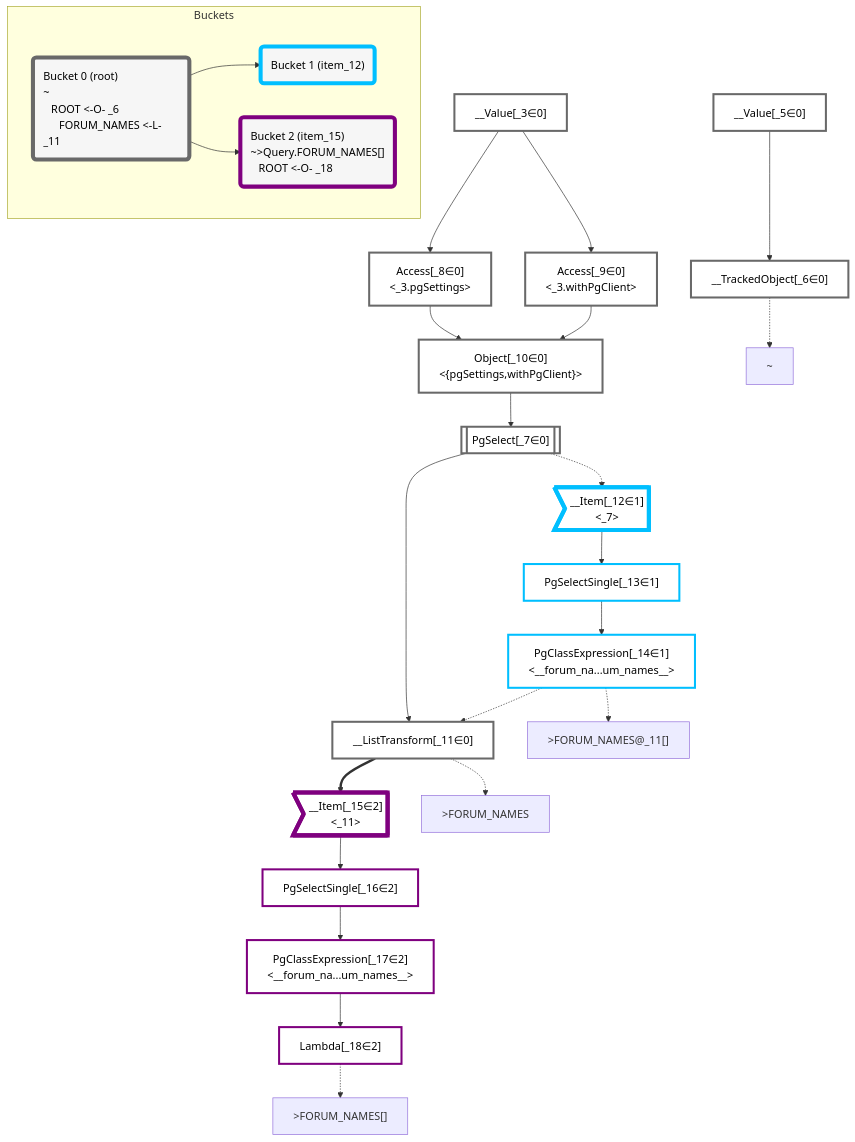
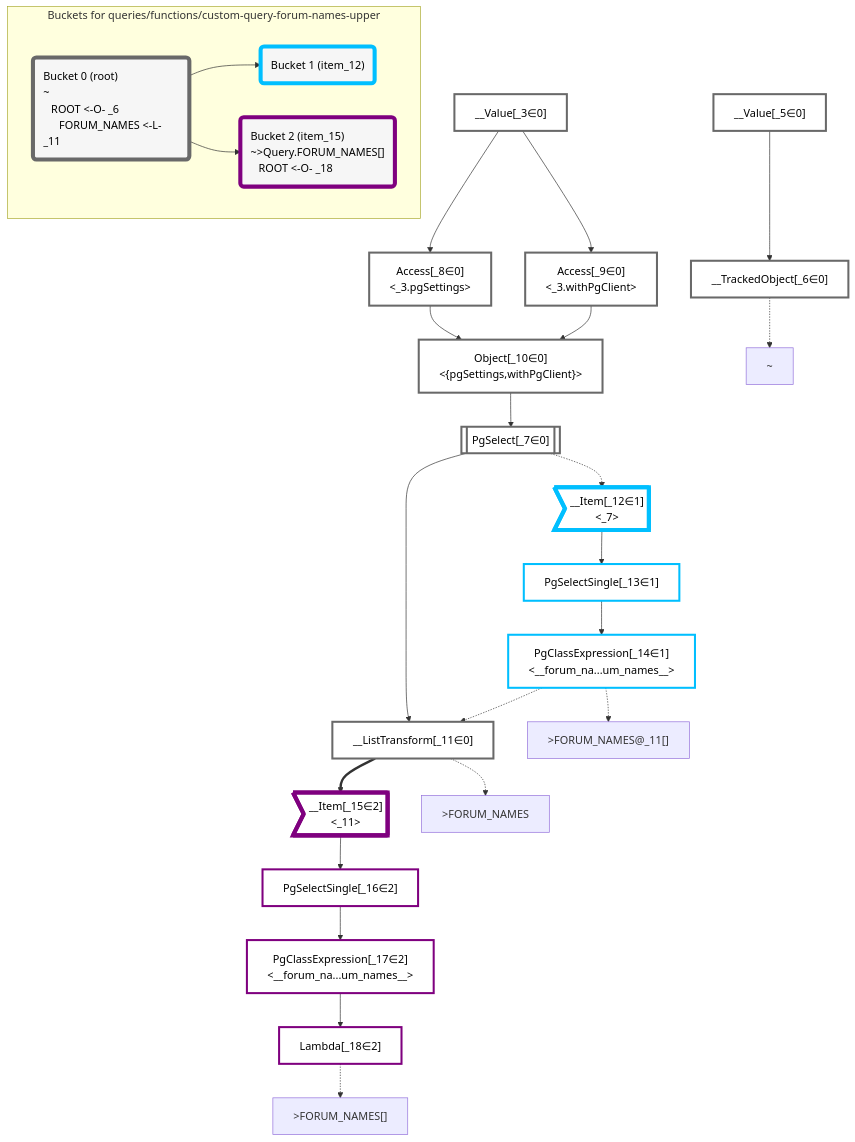
One commit to graphile/crystal changed the diagram in packages/dataplan-pg/__tests__/queries/functions/custom-query-forum-names-upper.mermaid.md. Above: the diagram before and after it, drawn with Mermaid. The commit also changed 195 other files, not shown here.

````diff
--- a/packages/dataplan-pg/__tests__/queries/functions/custom-query-forum-names-upper.mermaid.md
+++ b/packages/dataplan-pg/__tests__/queries/functions/custom-query-forum-names-upper.mermaid.md
@@ -1,72 +1,72 @@
 ```mermaid
 graph TD
     classDef path fill:#eee,stroke:#000,color:#000
     classDef plan fill:#fff,stroke-width:3px,color:#000
     classDef itemplan fill:#fff,stroke-width:6px,color:#000
     classDef sideeffectplan fill:#f00,stroke-width:6px,color:#000
     classDef bucket fill:#f6f6f6,color:#000,stroke-width:6px,text-align:left
 
 
     %% define plans
     __Value_3["__Value[_3∈0]<br /><context>"]:::plan
     __Value_5["__Value[_5∈0]<br /><rootValue>"]:::plan
     __TrackedObject_6["__TrackedObject[_6∈0]"]:::plan
     PgSelect_7[["PgSelect[_7∈0]<br /><forum_names>"]]:::plan
     Access_8["Access[_8∈0]<br /><_3.pgSettings>"]:::plan
     Access_9["Access[_9∈0]<br /><_3.withPgClient>"]:::plan
     Object_10["Object[_10∈0]<br /><{pgSettings,withPgClient}>"]:::plan
     __ListTransform_11["__ListTransform[_11∈0]<br /><each:_7>"]:::plan
     __Item_12>"__Item[_12∈1]<br /><_7>"]:::itemplan
     PgSelectSingle_13["PgSelectSingle[_13∈1]<br /><text>"]:::plan
     PgClassExpression_14["PgClassExpression[_14∈1]<br /><__forum_na...um_names__>"]:::plan
     __Item_15>"__Item[_15∈2]<br /><_11>"]:::itemplan
     PgSelectSingle_16["PgSelectSingle[_16∈2]<br /><text>"]:::plan
     PgClassExpression_17["PgClassExpression[_17∈2]<br /><__forum_na...um_names__>"]:::plan
     Lambda_18["Lambda[_18∈2]"]:::plan
 
     %% plan dependencies
     __Value_5 --> __TrackedObject_6
     Object_10 --> PgSelect_7
     __Value_3 --> Access_8
     __Value_3 --> Access_9
     Access_8 --> Object_10
     Access_9 --> Object_10
     PgSelect_7 --> __ListTransform_11
     PgClassExpression_14 -.-> __ListTransform_11
     PgSelect_7 -.-> __Item_12
     __Item_12 --> PgSelectSingle_13
     PgSelectSingle_13 --> PgClassExpression_14
     __ListTransform_11 ==> __Item_15
     __Item_15 --> PgSelectSingle_16
     PgSelectSingle_16 --> PgClassExpression_17
     PgClassExpression_17 --> Lambda_18
 
     %% plan-to-path relationships
     P_6["~"]
     __TrackedObject_6 -.-> P_6
     P_11[">FORUM_NAMES"]
     __ListTransform_11 -.-> P_11
     P_14[">FORUM_NAMES@_11[]"]
     PgClassExpression_14 -.-> P_14
     P_18[">FORUM_NAMES[]"]
     Lambda_18 -.-> P_18
 
     %% allocate buckets
     classDef bucket0 stroke:#696969
     class __Value_3,__Value_5,__TrackedObject_6,PgSelect_7,Access_8,Access_9,Object_10,__ListTransform_11 bucket0
     classDef bucket1 stroke:#00bfff
     class __Item_12,PgSelectSingle_13,PgClassExpression_14 bucket1
     classDef bucket2 stroke:#7f007f
     class __Item_15,PgSelectSingle_16,PgClassExpression_17,Lambda_18 bucket2
 
-    subgraph Buckets
+    subgraph "Buckets for queries/functions/custom-query-forum-names-upper"
     Bucket0("Bucket 0 (root)<br />~<br />⠀ROOT <-O- _6<br />⠀⠀FORUM_NAMES <-L- _11"):::bucket
     style Bucket0 stroke:#696969
     Bucket1("Bucket 1 (item_12)"):::bucket
     style Bucket1 stroke:#00bfff
     Bucket0 --> Bucket1
     Bucket2("Bucket 2 (item_15)<br />~>Query.FORUM_NAMES[]<br />⠀ROOT <-O- _18"):::bucket
     style Bucket2 stroke:#7f007f
     Bucket0 --> Bucket2
     end
 ```
````
